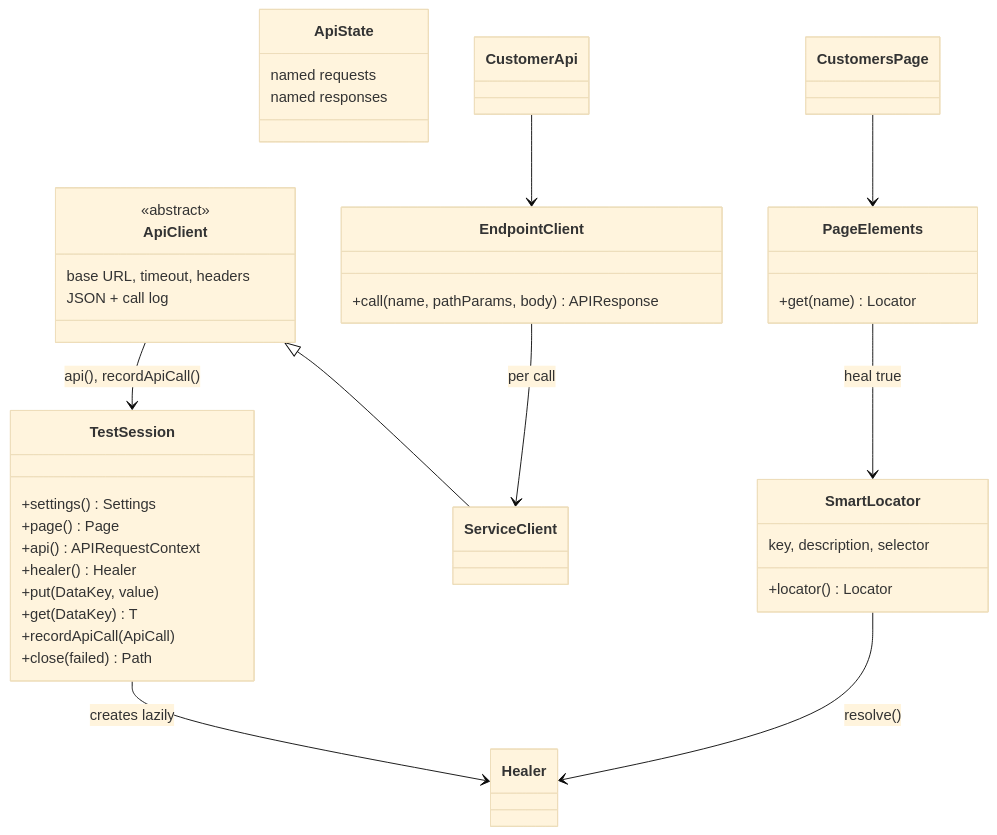
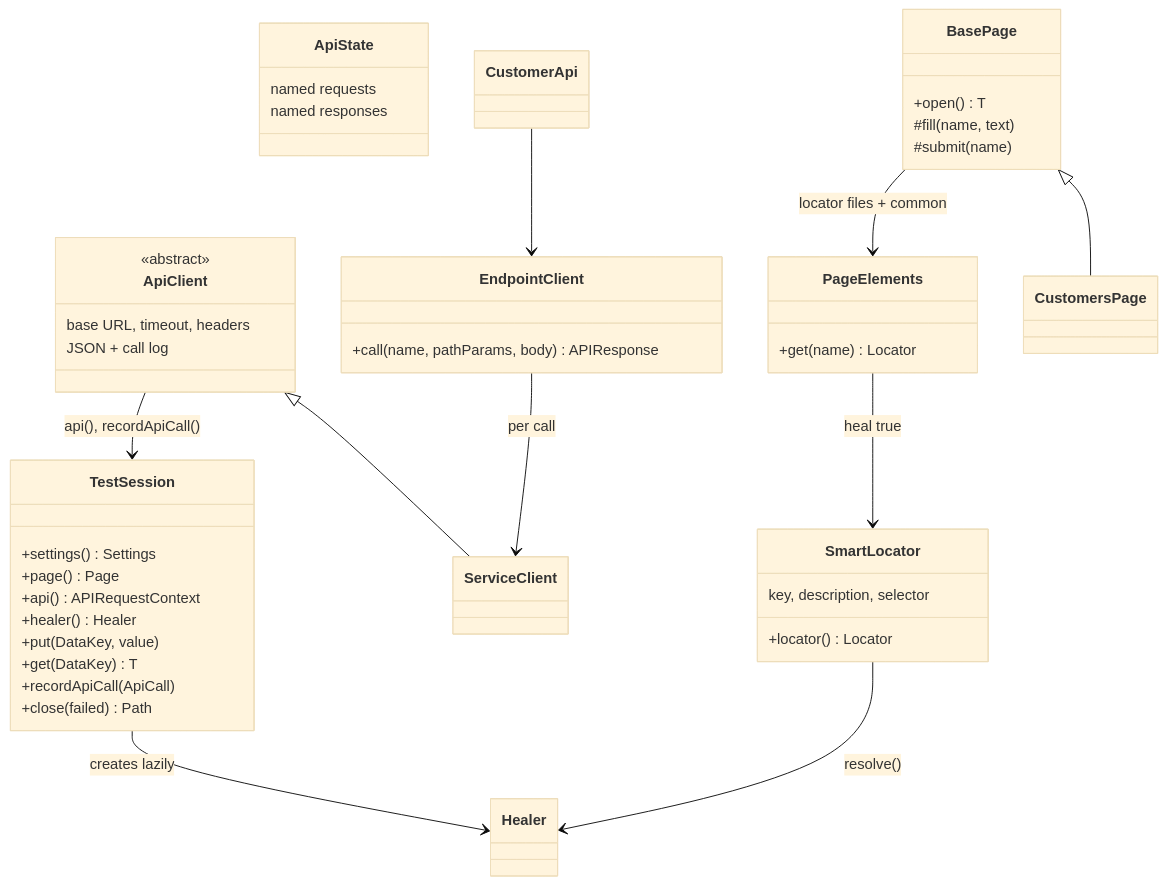
The second of 7 diagrams in docs/architecture.md (JayeshKumud/agentic-qa-java), drawn with Mermaid (base theme) before and after one commit. The commit also changed other lines of this file and 52 other files, not shown here.

````diff
--- a/docs/architecture.md
+++ b/docs/architecture.md
@@ -104,44 +104,50 @@
 ```mermaid
 classDiagram
     class TestSession {
         +settings() Settings
         +page() Page
         +api() APIRequestContext
         +healer() Healer
         +put(DataKey, value)
         +get(DataKey) T
         +recordApiCall(ApiCall)
         +close(failed) Path
     }
     class ApiState {
         named requests
         named responses
     }
     class ApiClient {
         <<abstract>>
         base URL, timeout, headers
         JSON + call log
     }
     class CustomerApi
     class ServiceClient
     class EndpointClient {
         +call(name, pathParams, body) APIResponse
     }
+    class BasePage {
+        +open() T
+        #fill(name, text)
+        #submit(name)
+    }
     class CustomersPage
     class PageElements {
         +get(name) Locator
     }
     class SmartLocator {
         key, description, selector
         +locator() Locator
     }
     class Healer
     ApiClient <|-- ServiceClient
     EndpointClient --> ServiceClient : per call
     CustomerApi --> EndpointClient
     ApiClient --> TestSession : api(), recordApiCall()
-    CustomersPage --> PageElements
+    BasePage <|-- CustomersPage
+    BasePage --> PageElements : locator files + common
     PageElements --> SmartLocator : heal true
     SmartLocator --> Healer : resolve()
     TestSession --> Healer : creates lazily
 ```
````
